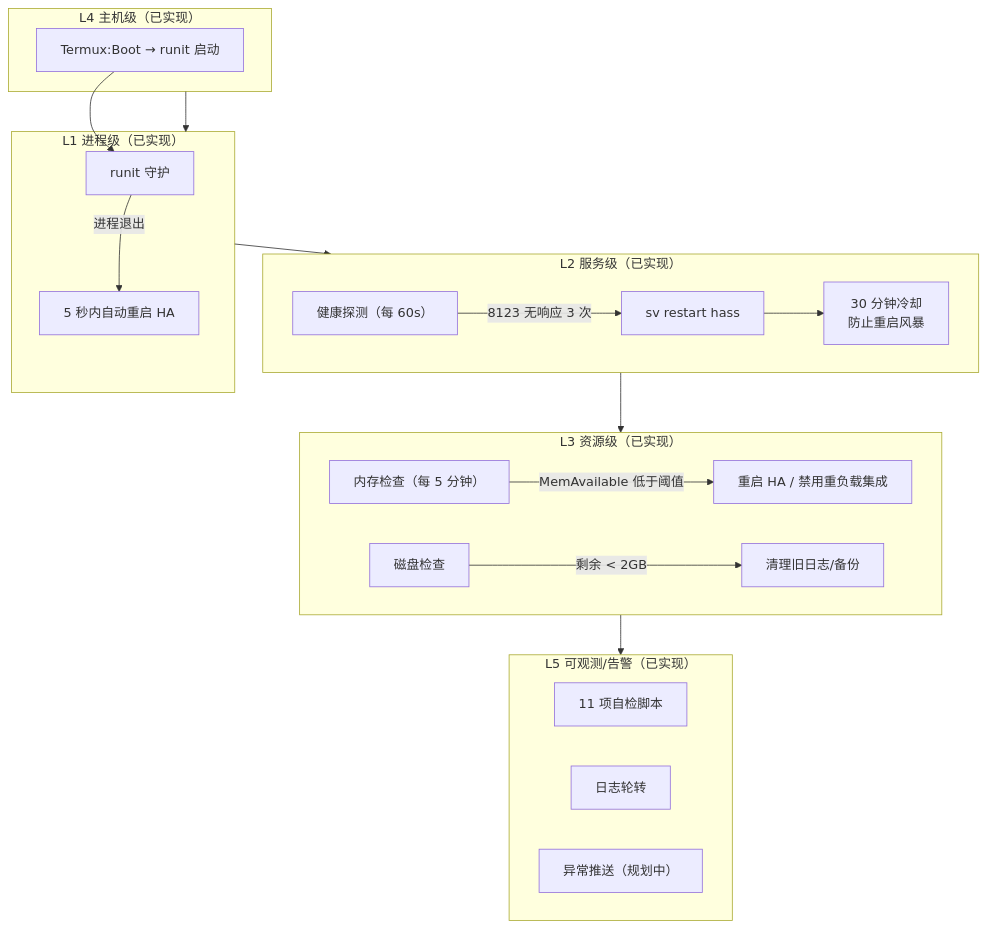
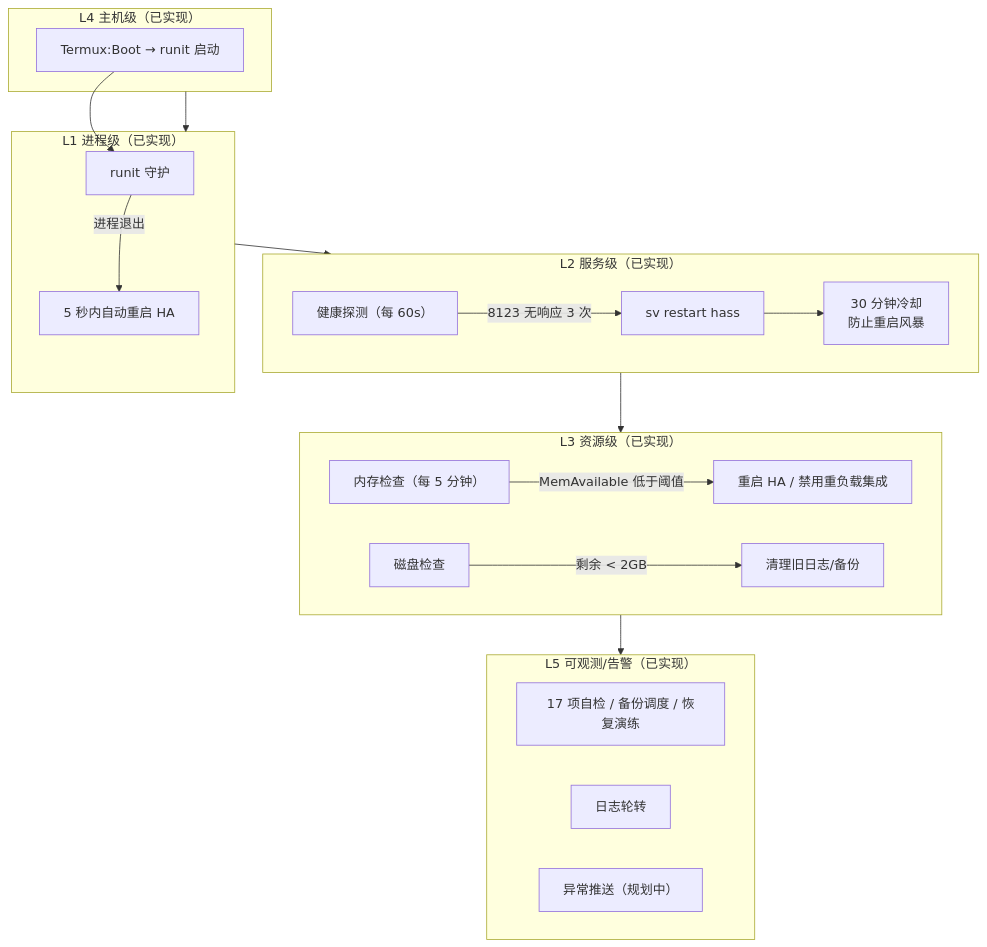
One commit to VotaverUno/android-tv-box-home-assistant changed the fourth of 5 diagrams in docs/架构与数据流.md. Above: the diagram before and after it, drawn with Mermaid. The commit also changed other lines of this file and 11 other files, not shown here.

````diff
--- a/docs/架构与数据流.md
+++ b/docs/架构与数据流.md
@@ -154,28 +154,28 @@
 ```mermaid
 flowchart TB
     subgraph L1["L1 进程级（已实现）"]
         RUNIT["runit 守护"]
         RUNIT -->|"进程退出"| RESTART1["5 秒内自动重启 HA"]
     end
     subgraph L2["L2 服务级（已实现）"]
         PROBE["健康探测（每 60s）"]
         PROBE -->|"8123 无响应 3 次"| RESTART2["sv restart hass"]
         RESTART2 --> COOL["30 分钟冷却<br/>防止重启风暴"]
     end
     subgraph L3["L3 资源级（已实现）"]
         MEM["内存检查（每 5 分钟）"]
         MEM -->|"MemAvailable 低于阈值"| GC["重启 HA / 禁用重负载集成"]
         DISK["磁盘检查"]
         DISK -->|"剩余 < 2GB"| CLEAN["清理旧日志/备份"]
     end
     subgraph L4["L4 主机级（已实现）"]
         BOOT["Termux:Boot → runit 启动"]
         BOOT --> RUNIT
     end
     subgraph L5["L5 可观测/告警（已实现）"]
-        SELFTEST["11 项自检脚本"]
+        SELFTEST["17 项自检 / 备份调度 / 恢复演练"]
         LOG["日志轮转"]
         ALERT["异常推送（规划中）"]
     end
     L4 --> L1 --> L2 --> L3 --> L5
 ```
````
